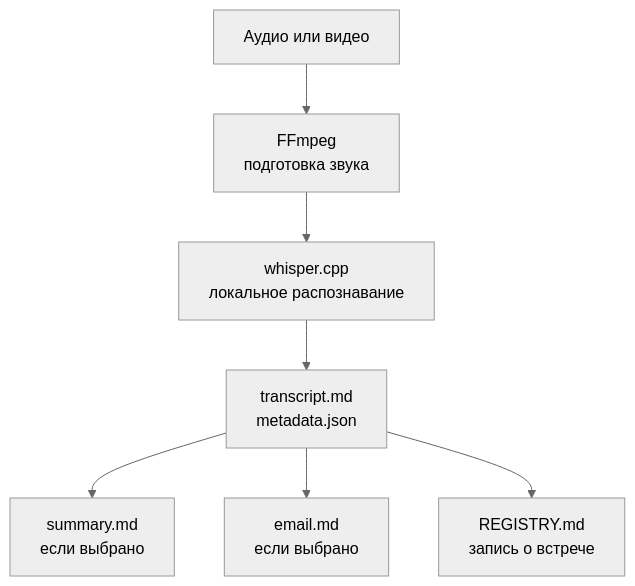
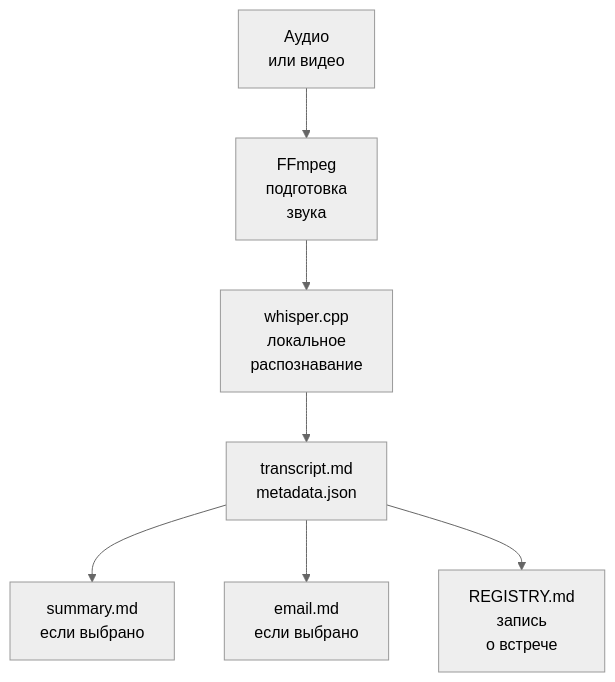
The second of 3 diagrams in README.md (yakumuro/meetings_transcriber_skill), drawn with Mermaid (neutral theme) before and after one commit. The commit also changed other lines of this file, not shown here.

````diff
--- a/README.md
+++ b/README.md
@@ -60,9 +68,9 @@
 ```mermaid
 flowchart TD
-    A["Аудио или видео"] --> B["FFmpeg<br/>подготовка звука"]
-    B --> C["whisper.cpp<br/>локальное распознавание"]
+    A["Аудио<br/>или видео"] --> B["FFmpeg<br/>подготовка<br/>звука"]
+    B --> C["whisper.cpp<br/>локальное<br/>распознавание"]
     C --> D["transcript.md<br/>metadata.json"]
     D --> E["summary.md<br/>если выбрано"]
     D --> F["email.md<br/>если выбрано"]
-    D --> G["REGISTRY.md<br/>запись о встрече"]
+    D --> G["REGISTRY.md<br/>запись<br/>о встрече"]
 ```
````
